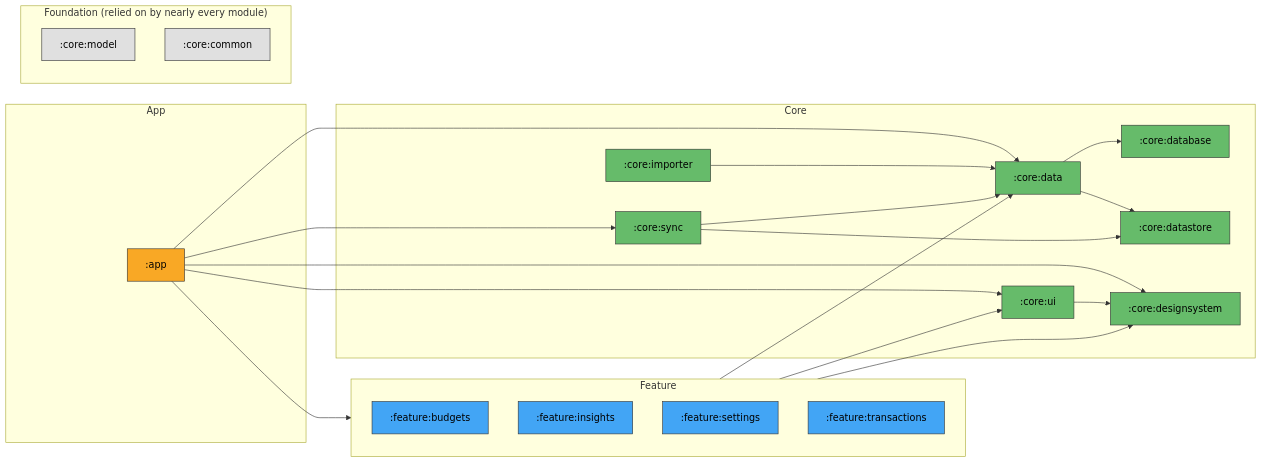
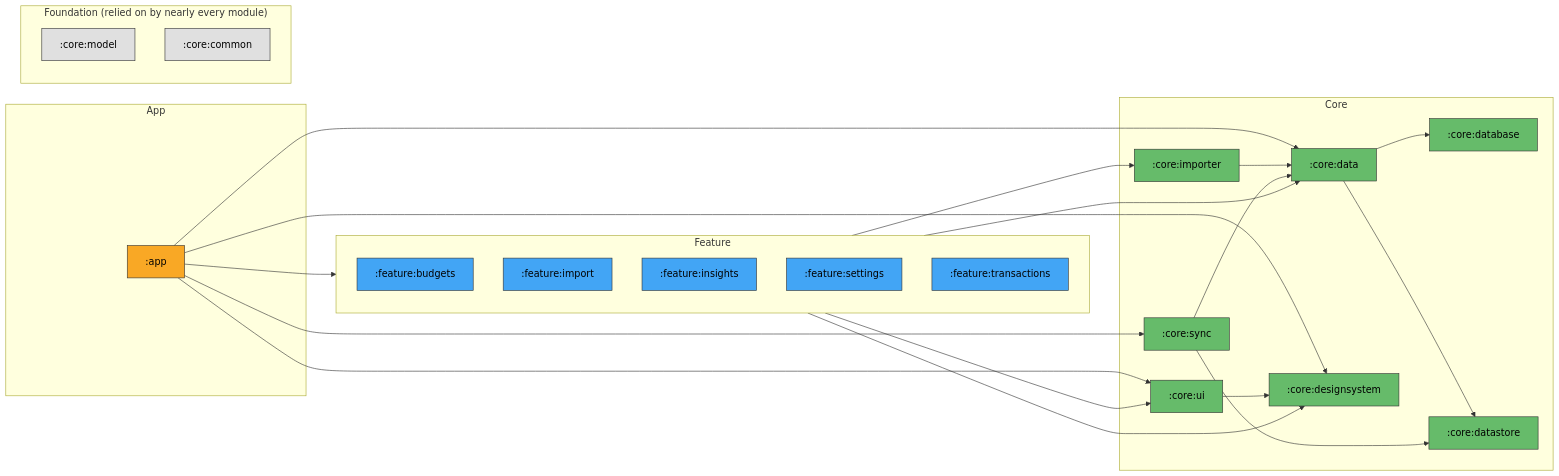
The diagram in README.md (CharanjeevSingh1/bahi), drawn with Mermaid before and after one commit. The commit also changed other lines of this file and 14 other files, not shown here.

First line of the commit message:
feat(import): add :feature:import module for CSV preview/correction

````diff
--- a/README.md
+++ b/README.md
@@ -31,45 +31,47 @@
 ```mermaid
 graph LR
     subgraph tier_app[App]
         app[":app"]:::app
     end
     subgraph tier_feature[Feature]
         feature_budgets[":feature:budgets"]:::feature
+        feature_import[":feature:import"]:::feature
         feature_insights[":feature:insights"]:::feature
         feature_settings[":feature:settings"]:::feature
         feature_transactions[":feature:transactions"]:::feature
     end
     subgraph tier_core[Core]
         core_data[":core:data"]:::core
         core_database[":core:database"]:::core
         core_datastore[":core:datastore"]:::core
         core_designsystem[":core:designsystem"]:::core
         core_importer[":core:importer"]:::core
         core_sync[":core:sync"]:::core
         core_ui[":core:ui"]:::core
     end
     subgraph tier_foundation["Foundation (relied on by nearly every module)"]
         core_model[":core:model"]:::foundation
         core_common[":core:common"]:::foundation
     end
 
     app --> tier_feature
     app --> core_data
     app --> core_designsystem
     app --> core_sync
     app --> core_ui
     tier_feature --> core_data
     tier_feature --> core_designsystem
+    tier_feature --> core_importer
     tier_feature --> core_ui
     core_data --> core_database
     core_data --> core_datastore
     core_importer --> core_data
     core_sync --> core_data
     core_sync --> core_datastore
     core_ui --> core_designsystem
 
     classDef app fill:#f9a825,stroke:#333,color:#000
     classDef feature fill:#42a5f5,stroke:#333,color:#000
     classDef core fill:#66bb6a,stroke:#333,color:#000
     classDef foundation fill:#e0e0e0,stroke:#333,color:#000
 ```
````
